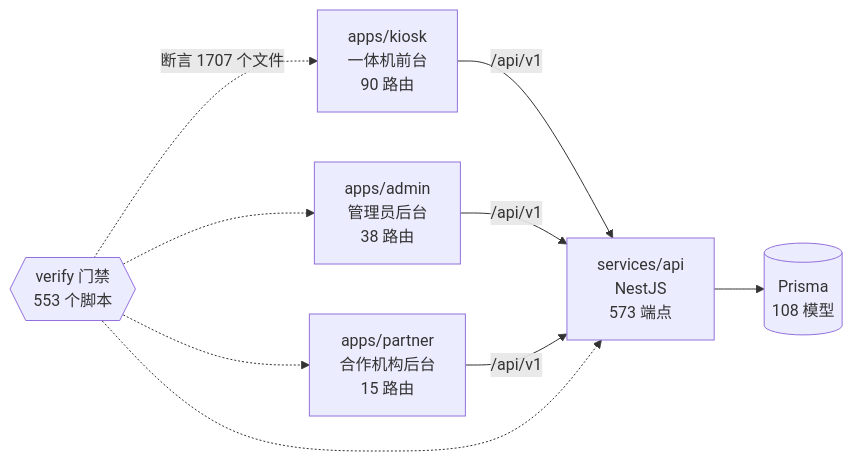
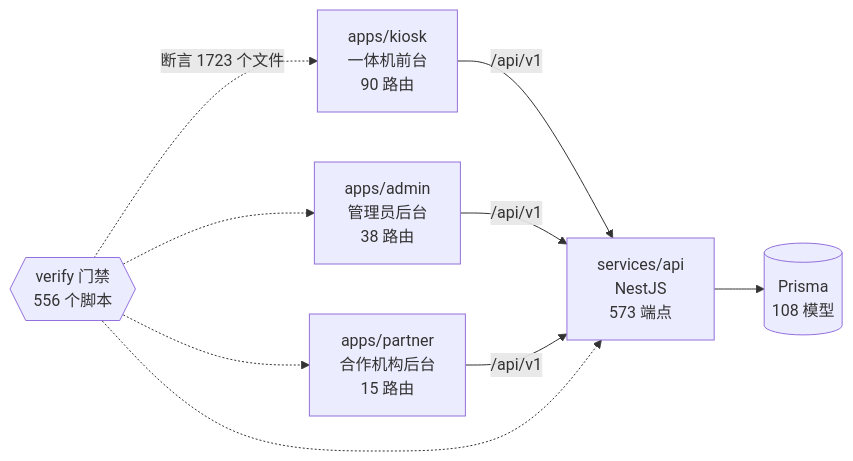
Before and after one commit to wanglei581/YITIJI: the diagram in docs/graph/README.md, drawn with Mermaid. The commit also changed other lines of this file and 1 other file, not shown here.

Commit message:
chore(graph): W-90 并入候选 c8d67e48d 后重生图谱

````diff
--- a/docs/graph/README.md
+++ b/docs/graph/README.md
@@ -68,18 +68,18 @@
 ```mermaid
 flowchart LR
   kiosk["apps/kiosk<br/>一体机前台<br/>90 路由"]
   admin["apps/admin<br/>管理员后台<br/>38 路由"]
   partner["apps/partner<br/>合作机构后台<br/>15 路由"]
   api["services/api<br/>NestJS<br/>573 端点"]
   db[("Prisma<br/>108 模型")]
-  gates{{"verify 门禁<br/>553 个脚本"}}
+  gates{{"verify 门禁<br/>556 个脚本"}}
 
   kiosk -->|"/api/v1"| api
   admin -->|"/api/v1"| api
   partner -->|"/api/v1"| api
   api --> db
-  gates -.->|"断言 1707 个文件"| kiosk
+  gates -.->|"断言 1723 个文件"| kiosk
   gates -.-> admin
   gates -.-> partner
   gates -.-> api
 ```
````
